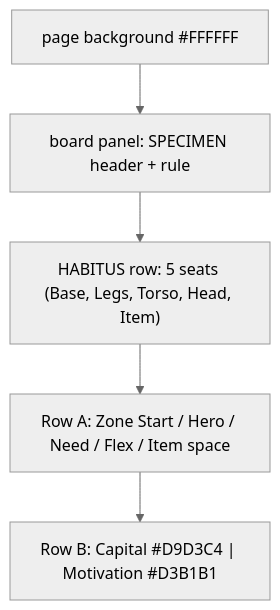
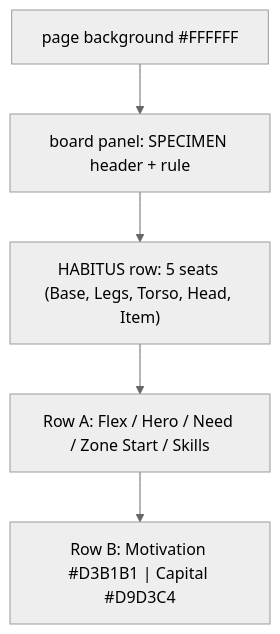
Before and after one commit to Hegerstrand/seven-weeks: the first of 11 diagrams in components/specs/boards.md, drawn with Mermaid (neutral theme). The commit also changed other lines of this file and 17 other files, not shown here.

````diff
--- a/components/specs/boards.md
+++ b/components/specs/boards.md
@@ -100,7 +108,7 @@
 ```mermaid
 graph TD
   A["page background #FFFFFF"] --> B["board panel: SPECIMEN header + rule"]
   B --> C["HABITUS row: 5 seats (Base, Legs, Torso, Head, Item)"]
-  C --> D["Row A: Zone Start / Hero / Need / Flex / Item space"]
-  D --> E["Row B: Capital #D9D3C4 | Motivation #D3B1B1"]
+  C --> D["Row A: Flex / Hero / Need / Zone Start / Skills"]
+  D --> E["Row B: Motivation #D3B1B1 | Capital #D9D3C4"]
 ```
````
